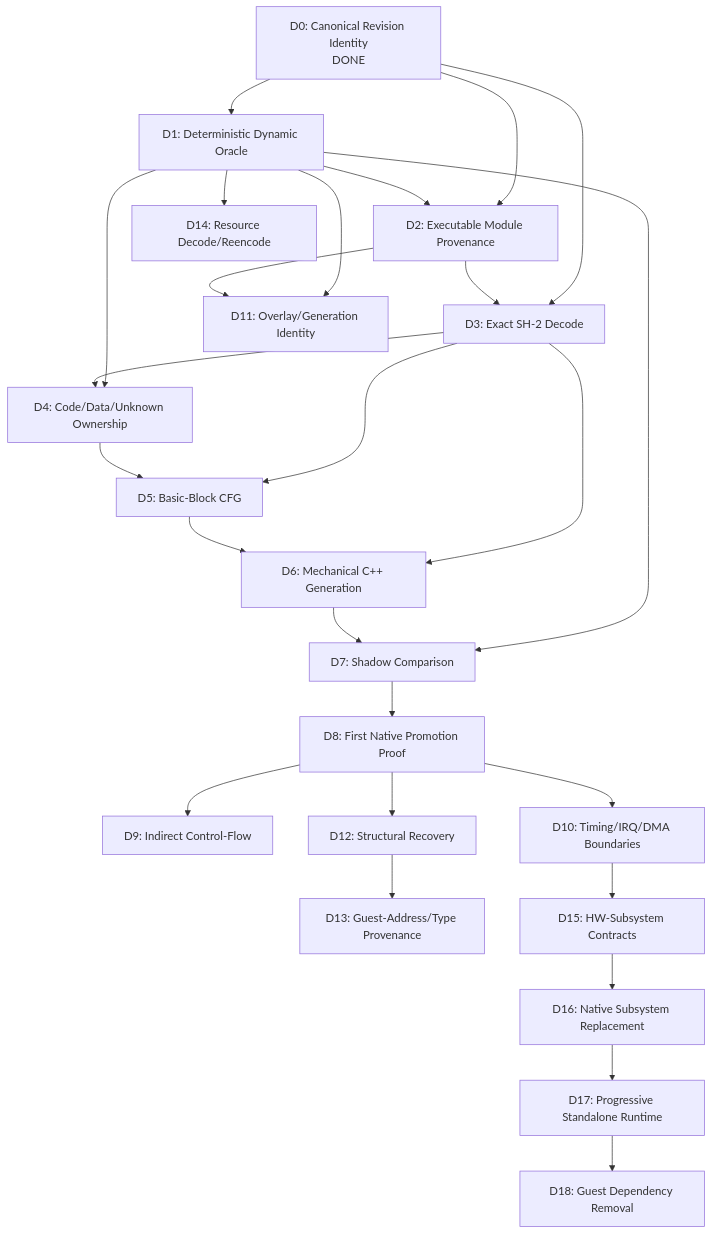
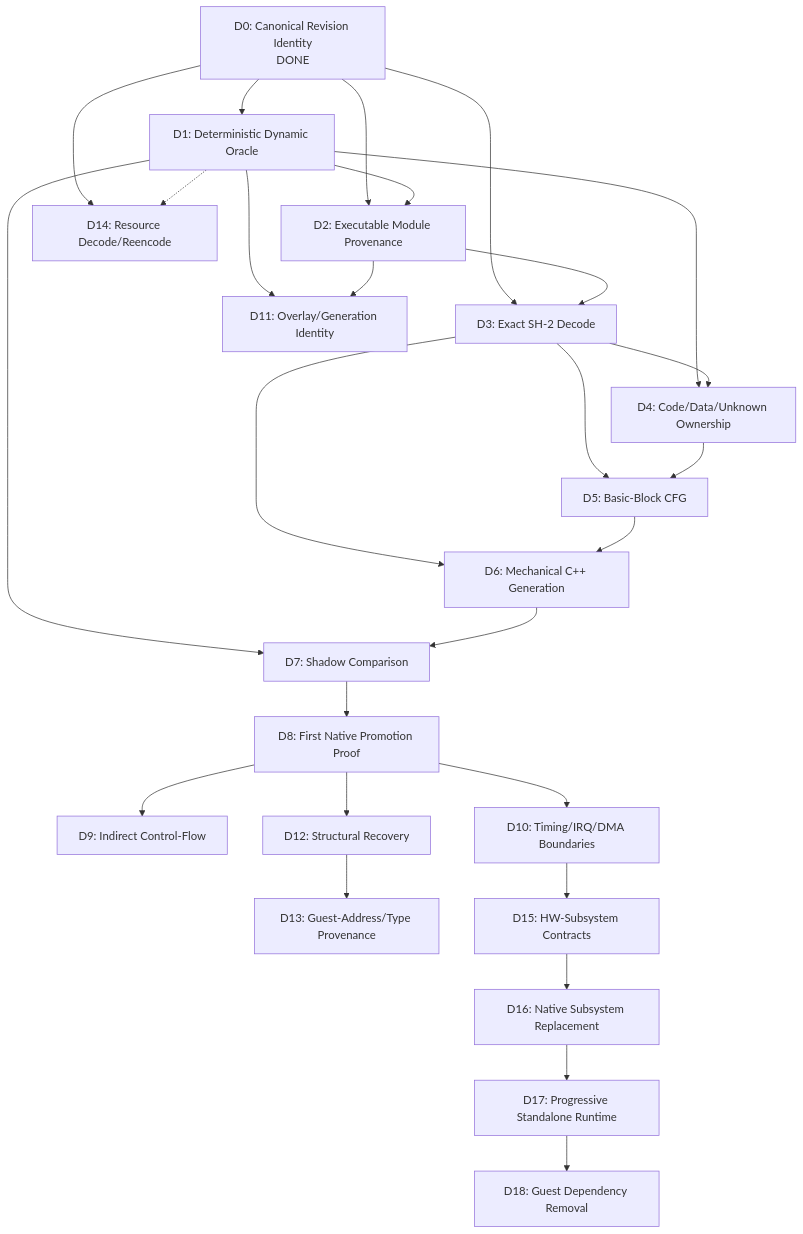
The diagram in docs/DEVELOPMENT_PLAN.md (Serjio193/Sega-Thor-2), drawn with Mermaid before and after one commit. The commit also changed other lines of this file and 6 other files, not shown here.

````diff
--- a/docs/DEVELOPMENT_PLAN.md
+++ b/docs/DEVELOPMENT_PLAN.md
@@ -41,28 +53,29 @@
 ```mermaid
 graph TD
     D0["D0: Canonical Revision Identity<br/>DONE"] --> D1["D1: Deterministic Dynamic Oracle"]
     D0 --> D2["D2: Executable Module Provenance"]
     D1 --> D2
     D0 --> D3["D3: Exact SH-2 Decode"]
     D2 --> D3
     D1 --> D4["D4: Code/Data/Unknown Ownership"]
     D3 --> D4
     D3 --> D5["D5: Basic-Block CFG"]
     D4 --> D5
     D3 --> D6["D6: Mechanical C++ Generation"]
     D5 --> D6
     D1 --> D7["D7: Shadow Comparison"]
     D6 --> D7
     D7 --> D8["D8: First Native Promotion Proof"]
     D8 --> D9["D9: Indirect Control-Flow"]
     D8 --> D10["D10: Timing/IRQ/DMA Boundaries"]
     D1 --> D11["D11: Overlay/Generation Identity"]
     D2 --> D11
     D8 --> D12["D12: Structural Recovery"]
     D12 --> D13["D13: Guest-Address/Type Provenance"]
-    D1 --> D14["D14: Resource Decode/Reencode"]
+    D0 --> D14["D14: Resource Decode/Reencode"]
+    D1 -.-> D14
     D10 --> D15["D15: HW-Subsystem Contracts"]
     D15 --> D16["D16: Native Subsystem Replacement"]
     D16 --> D17["D17: Progressive Standalone Runtime"]
     D17 --> D18["D18: Guest Dependency Removal"]
 ```
````
